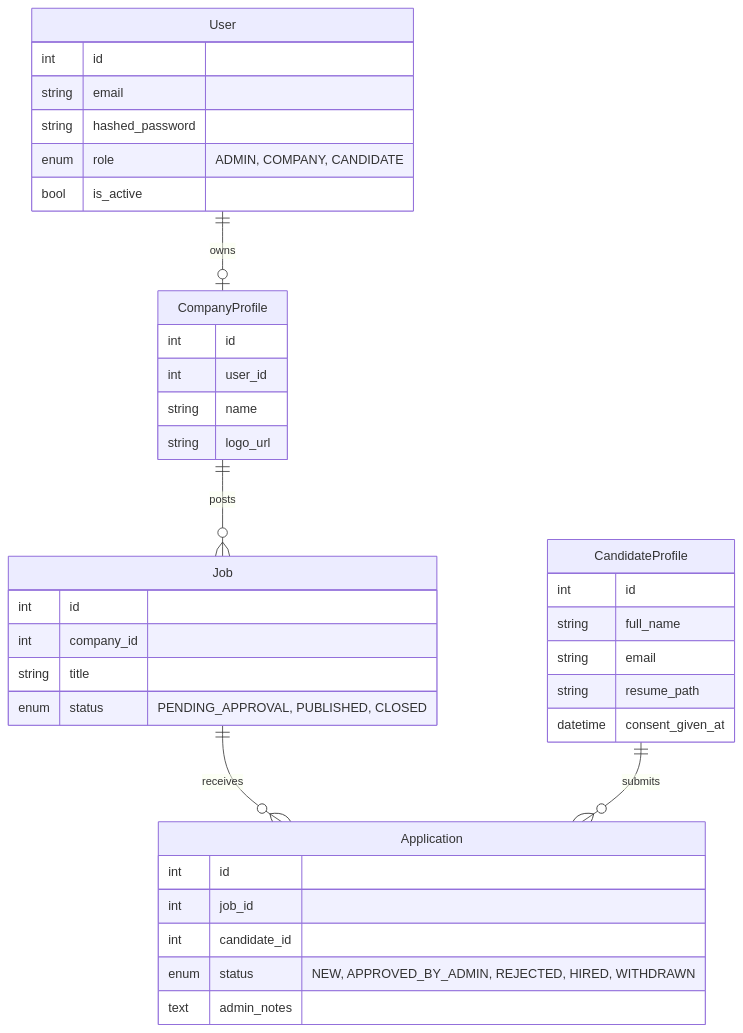
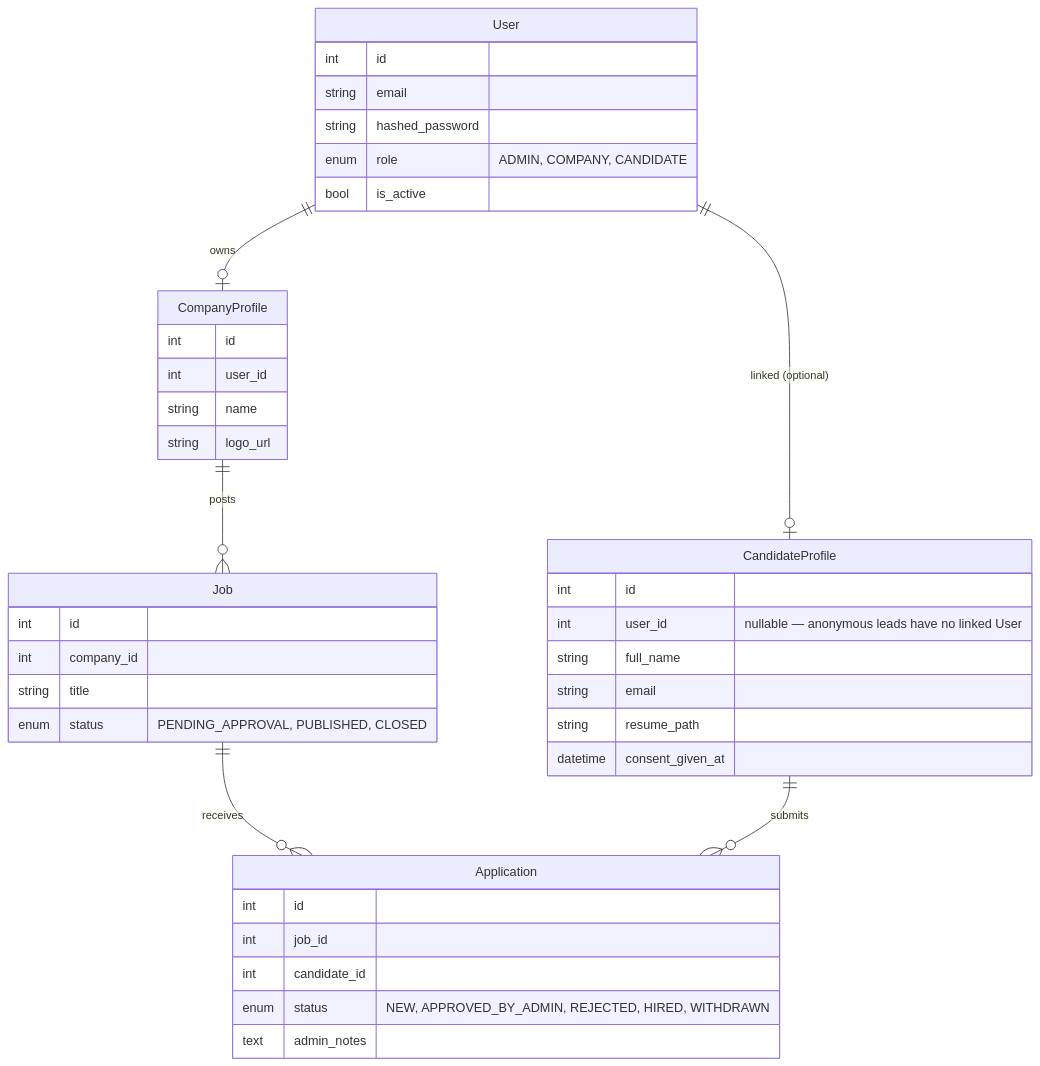
The diagram in README.md (lahavrud/rs-recruitment), drawn with Mermaid before and after one commit. The commit also changed other lines of this file and 3 other files, not shown here.

````diff
--- a/README.md
+++ b/README.md
@@ -68,41 +75,43 @@
 ```mermaid
 erDiagram
     User ||--o| CompanyProfile : owns
+    User ||--o| CandidateProfile : "linked (optional)"
     CompanyProfile ||--o{ Job : posts
     Job ||--o{ Application : receives
     CandidateProfile ||--o{ Application : submits
 
     User {
         int id
         string email
         string hashed_password
         enum role "ADMIN, COMPANY, CANDIDATE"
         bool is_active
     }
     CompanyProfile {
         int id
         int user_id
         string name
         string logo_url
     }
     Job {
         int id
         int company_id
         string title
         enum status "PENDING_APPROVAL, PUBLISHED, CLOSED"
     }
     CandidateProfile {
         int id
+        int user_id "nullable — anonymous leads have no linked User"
         string full_name
         string email
         string resume_path
         datetime consent_given_at
     }
     Application {
         int id
         int job_id
         int candidate_id
         enum status "NEW, APPROVED_BY_ADMIN, REJECTED, HIRED, WITHDRAWN"
         text admin_notes
     }
 ```
````
